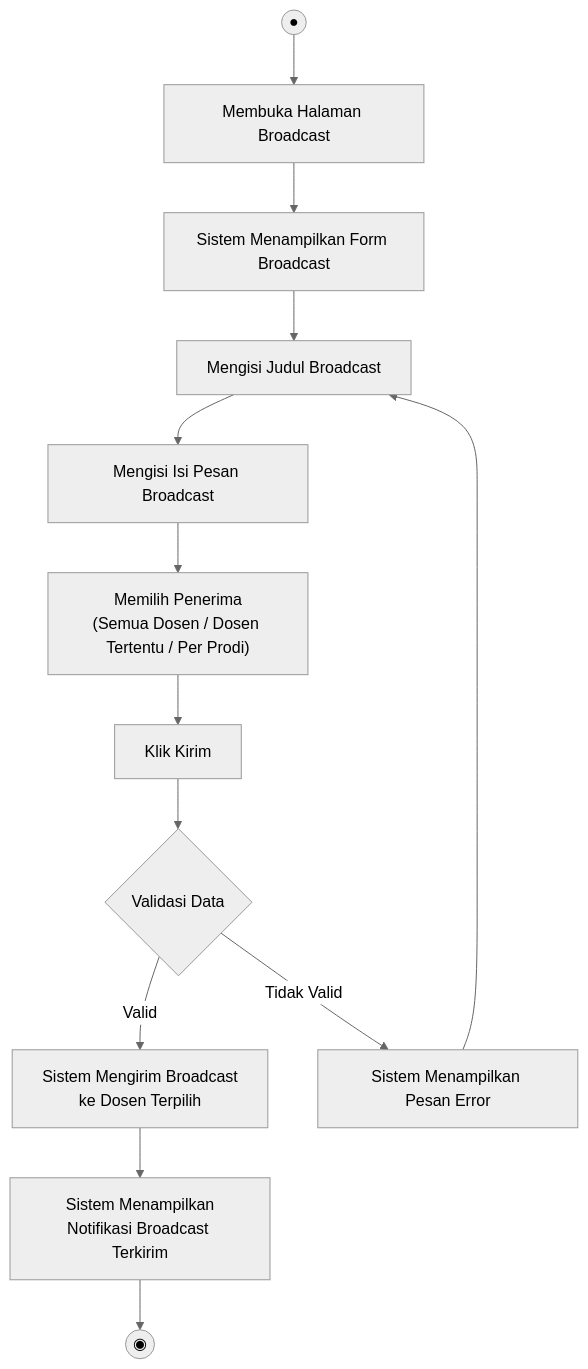
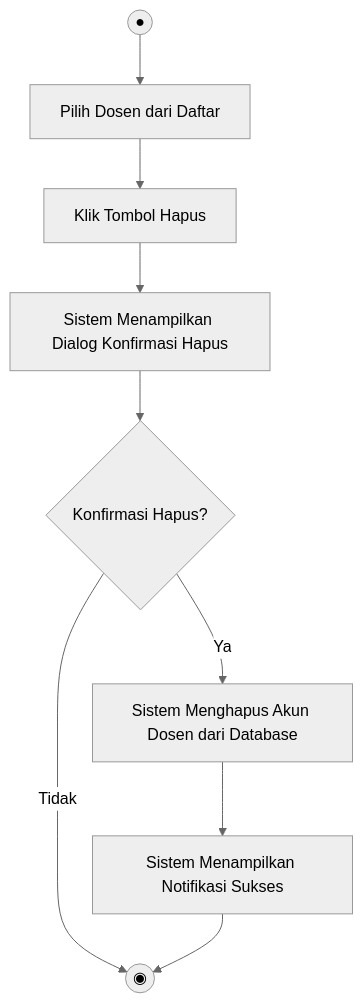
Before and after one commit to alexiusprst-tech/dashboard_verif: the tenth of 32 diagrams in activity_diagrams.md, drawn with Mermaid (neutral theme). The commit also changed other lines of this file and 6 other files, not shown here.

````diff
--- a/activity_diagrams.md
+++ b/activity_diagrams.md
@@ -429,16 +196,11 @@
 ```mermaid
 flowchart TD
-    A(("●")) --> B["Membuka Halaman Broadcast"]
-    B --> C["Sistem Menampilkan Form Broadcast"]
-    C --> D["Mengisi Judul Broadcast"]
-    D --> E["Mengisi Isi Pesan Broadcast"]
-    E --> F["Memilih Penerima\n(Semua Dosen / Dosen Tertentu / Per Prodi)"]
-    F --> G["Klik Kirim"]
-    G --> H{"Validasi Data"}
-    H -->|Valid| I["Sistem Mengirim Broadcast\nke Dosen Terpilih"]
-    I --> J["Sistem Menampilkan\nNotifikasi Broadcast Terkirim"]
-    H -->|Tidak Valid| K["Sistem Menampilkan Pesan Error"]
-    K --> D
-
-    J --> Z(("◉"))
+    Start(("●")) --> SelectDosen["Pilih Dosen dari Daftar"]
+    SelectDosen --> ClickDelete["Klik Tombol Hapus"]
+    ClickDelete --> ShowConfirm["Sistem Menampilkan Dialog Konfirmasi Hapus"]
+    ShowConfirm --> Confirm{"Konfirmasi Hapus?"}
+    Confirm -->|Ya| DeleteDB["Sistem Menghapus Akun Dosen dari Database"]
+    DeleteDB --> ShowSuccess["Sistem Menampilkan Notifikasi Sukses"]
+    Confirm -->|Tidak| End(("◉"))
+    ShowSuccess --> End
 ```
````
